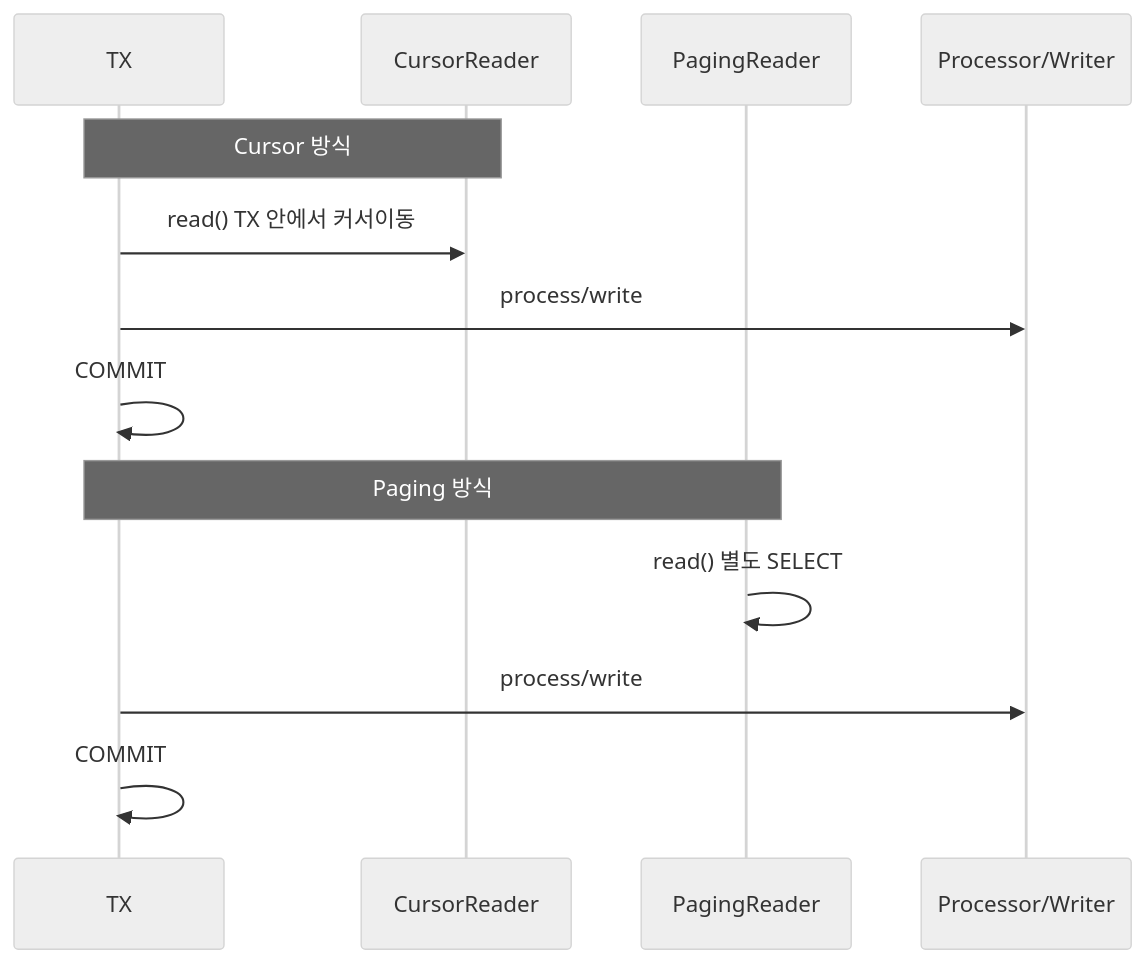
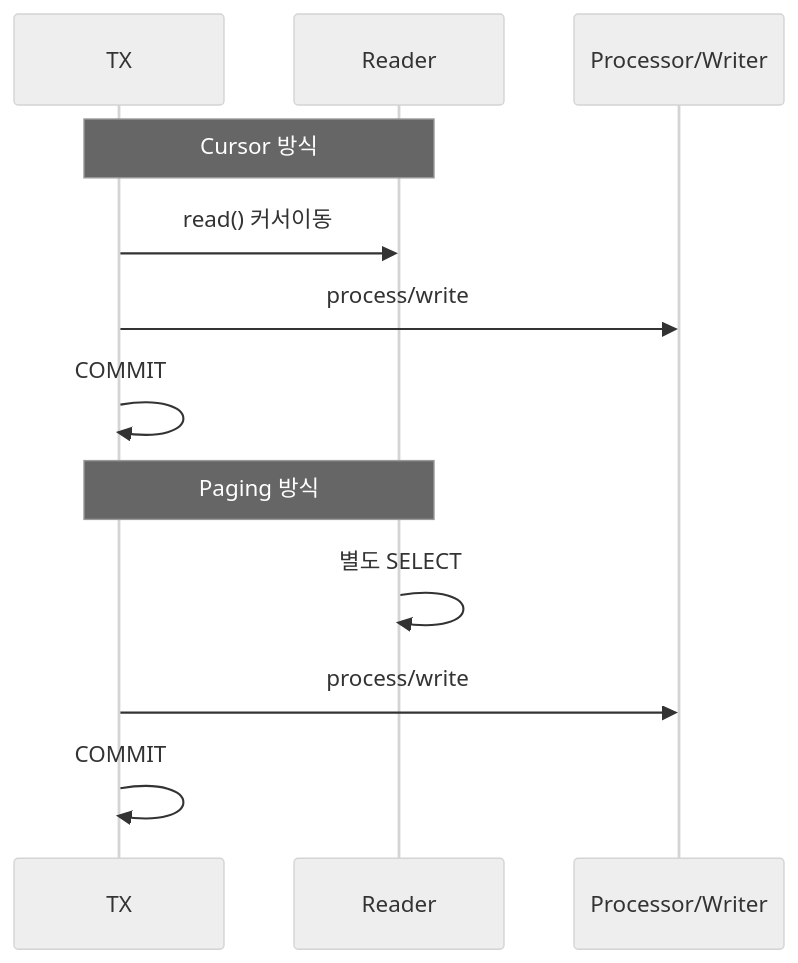
One commit to yjkim2015/yjkim2015.github.io changed the second of 6 diagrams in _posts/batch/2026-05-03-spring-batch-chunk-processing.md. Above: the diagram before and after it, drawn with Mermaid (neutral theme). The commit also changed 155 other files, not shown here.

First line of the commit message:
Mermaid 전면 수정: subgraph 제거, participant/노드/줄수 축소 (342블록)

````diff
--- a/_posts/batch/2026-05-03-spring-batch-chunk-processing.md
+++ b/_posts/batch/2026-05-03-spring-batch-chunk-processing.md
@@ -81,15 +81,14 @@
 ```mermaid
 sequenceDiagram
     participant TX as TX
-    participant CR as CursorReader
-    participant PR as PagingReader
+    participant CR as Reader
     participant PW as Processor/Writer
     Note over TX,CR: Cursor 방식
-    TX->>CR: read() TX 안에서 커서이동
+    TX->>CR: read() 커서이동
     TX->>PW: process/write
     TX->>TX: COMMIT
-    Note over TX,PR: Paging 방식
-    PR->>PR: read() 별도 SELECT
+    Note over TX,CR: Paging 방식
+    CR->>CR: 별도 SELECT
     TX->>PW: process/write
     TX->>TX: COMMIT
 ```
````
